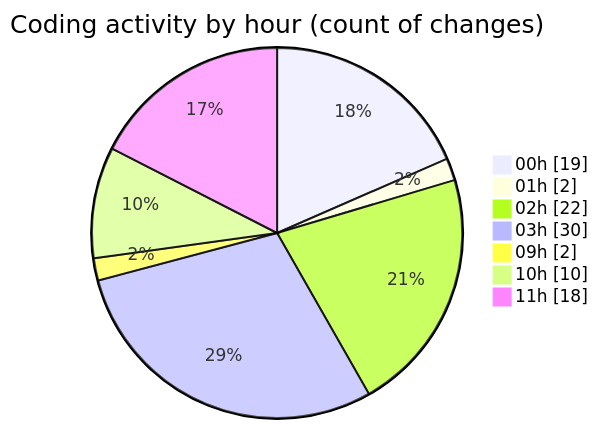
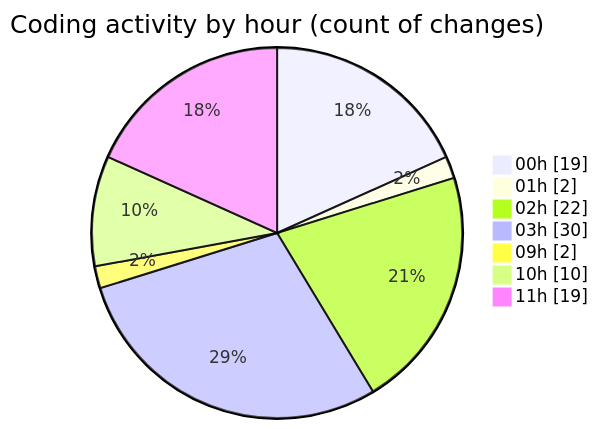
The second of 2 diagrams in 2025-10-21/eventscop-frontend-guide__workspace_/README.md (julien-gomy/code-tracking), drawn with Mermaid before and after one commit. The commit also changed other lines of this file and 1 other file, not shown here.

````diff
--- a/2025-10-21/eventscop-frontend-guide__workspace_/README.md
+++ b/2025-10-21/eventscop-frontend-guide__workspace_/README.md
@@ -47,11 +48,11 @@
 ```mermaid
 pie showData
 title Coding activity by hour (count of changes)
 "00h" : 19
 "01h" : 2
 "02h" : 22
 "03h" : 30
 "09h" : 2
 "10h" : 10
-"11h" : 18
+"11h" : 19
 ```
````
